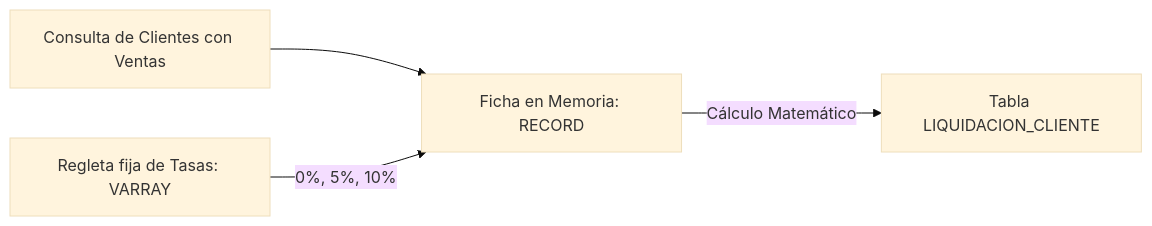
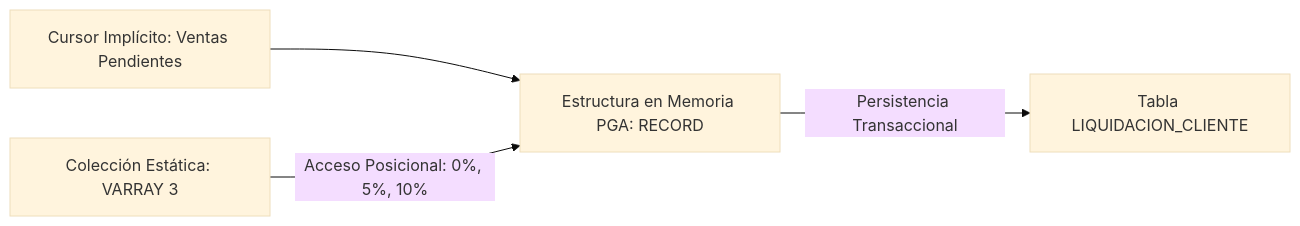
Before and after one commit to NezerkC/taller-base-de-datos-: the third of 6 diagrams in docs/EXPLICACION_BLOQUES_CODIGO.md, drawn with Mermaid (base theme). The commit also changed other lines of this file, not shown here.

Commit message:
docs: add er diagram, schema ddl/dml block and elevate technical vocabulary

````diff
--- a/docs/EXPLICACION_BLOQUES_CODIGO.md
+++ b/docs/EXPLICACION_BLOQUES_CODIGO.md
@@ -30,6 +395,6 @@
 ```mermaid
 graph LR
-    A[Consulta de Clientes con Ventas] --> B[Ficha en Memoria: RECORD]
-    C[Regleta fija de Tasas: VARRAY] -->|0%, 5%, 10%| B
-    B -->|Cálculo Matemático| D[Tabla LIQUIDACION_CLIENTE]
+    A[Cursor Implícito: Ventas Pendientes] --> B[Estructura en Memoria PGA: RECORD]
+    C[Colección Estática: VARRAY 3] -->|Acceso Posicional: 0%, 5%, 10%| B
+    B -->|Persistencia Transaccional| D[Tabla LIQUIDACION_CLIENTE]
 ```
````
